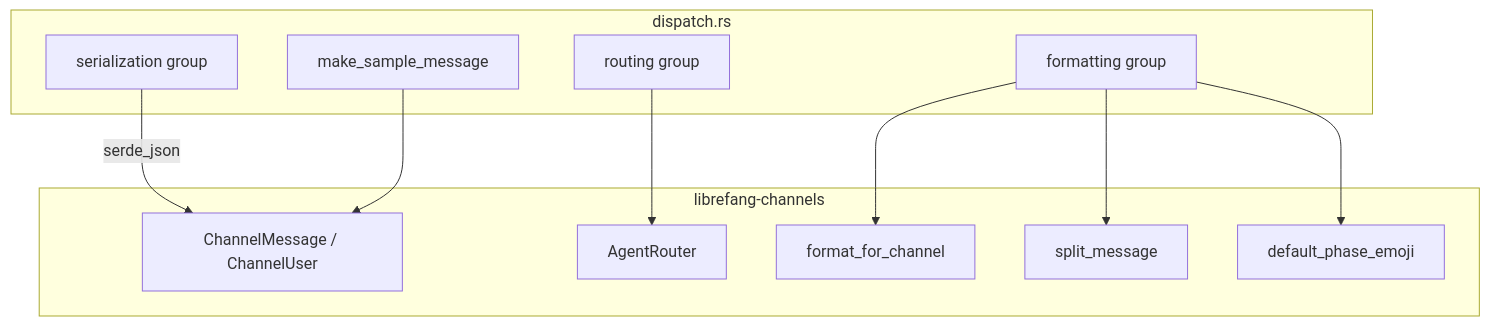
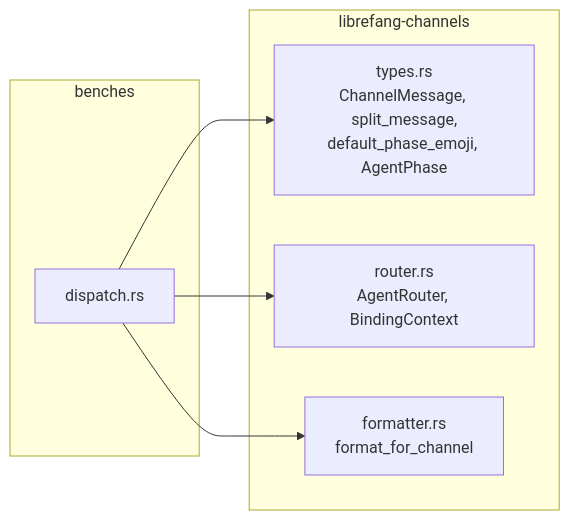
The diagram in other-librefang-channels-benches.md (leszek3737/librefang-WIki), drawn with Mermaid before and after one commit. The commit also changed other lines of this file and 100 other files, not shown here.

````diff
--- a/other-librefang-channels-benches.md
+++ b/other-librefang-channels-benches.md
@@ -35,24 +71,14 @@
 ```mermaid
-graph TD
-    subgraph dispatch.rs
-        A[make_sample_message]
-        S[serialization group]
-        R[routing group]
-        F[formatting group]
+graph LR
+    subgraph benches
+        A[dispatch.rs]
     end
-
     subgraph librefang-channels
-        CM[ChannelMessage / ChannelUser]
-        AR[AgentRouter]
-        FC[format_for_channel]
-        SM[split_message]
-        PE[default_phase_emoji]
+        B[types.rs<br/>ChannelMessage, split_message,<br/>default_phase_emoji, AgentPhase]
+        C[router.rs<br/>AgentRouter, BindingContext]
+        D[formatter.rs<br/>format_for_channel]
     end
-
-    S -->|serde_json| CM
-    R --> AR
-    F --> FC
-    F --> SM
-    F --> PE
-    A --> CM
+    A --> B
+    A --> C
+    A --> D
 ```
````
